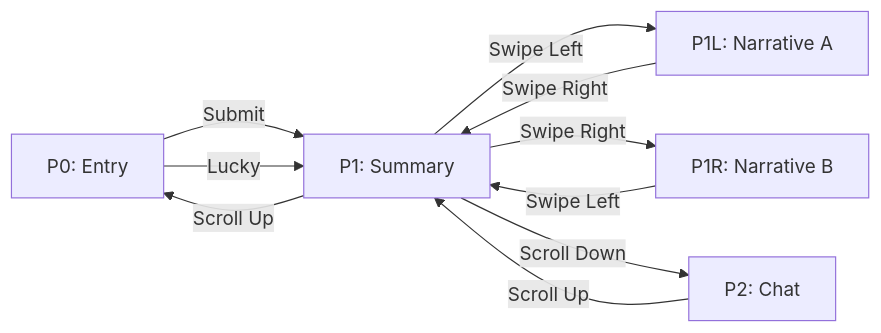
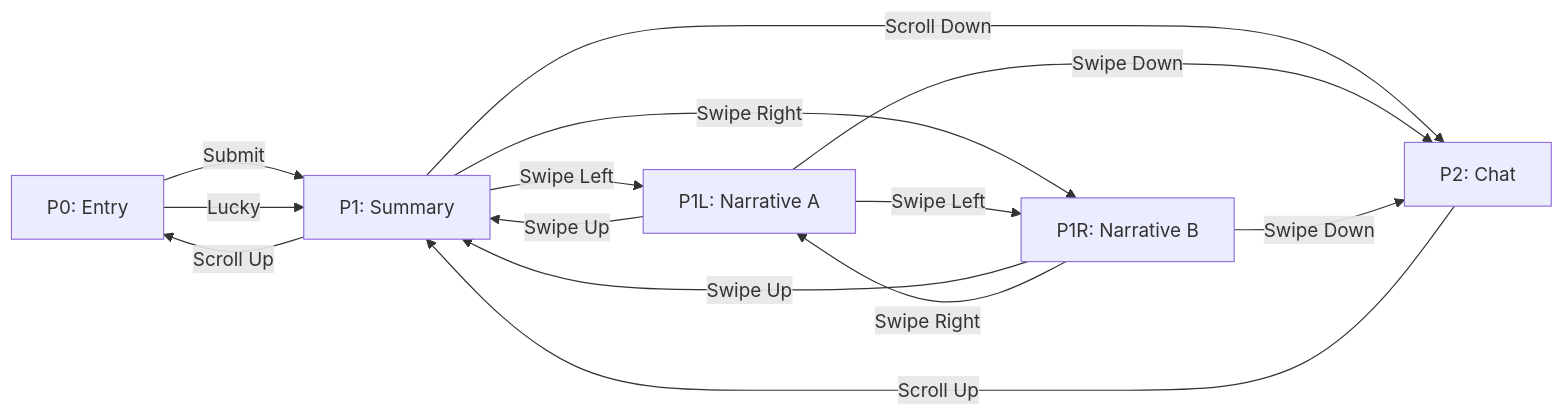
Before and after one commit to zhuygln/narrativeLab: the diagram in docs/design/walkthrough.md, drawn with Mermaid. The commit also changed other lines of this file and 3 other files, not shown here.

First line of the commit message:
Specify full P1L/P1R navigation: cross-swipe, up to P1, down to P2

````diff
--- a/docs/design/walkthrough.md
+++ b/docs/design/walkthrough.md
@@ -8,12 +8,16 @@
 ```mermaid
 graph LR
     P0["P0: Entry"] -->|Submit| P1["P1: Summary"]
     P0 -->|Lucky| P1
     P1 -->|Swipe Left| P1L["P1L: Narrative A"]
     P1 -->|Swipe Right| P1R["P1R: Narrative B"]
     P1 -->|Scroll Down| P2["P2: Chat"]
     P2 -->|Scroll Up| P1
     P1 -->|Scroll Up| P0
-    P1L -->|Swipe Right| P1
-    P1R -->|Swipe Left| P1
+    P1L -->|Swipe Up| P1
+    P1L -->|Swipe Left| P1R
+    P1L -->|Swipe Down| P2
+    P1R -->|Swipe Up| P1
+    P1R -->|Swipe Right| P1L
+    P1R -->|Swipe Down| P2
 ```
````
